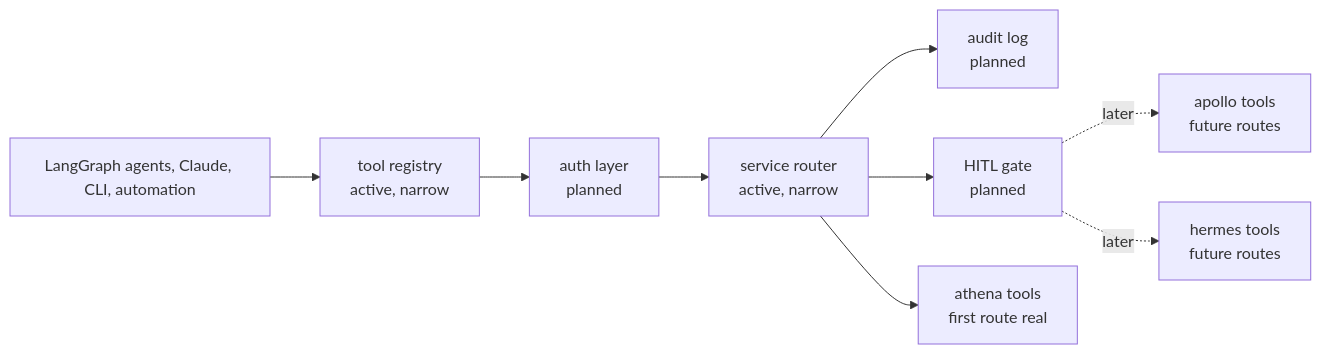
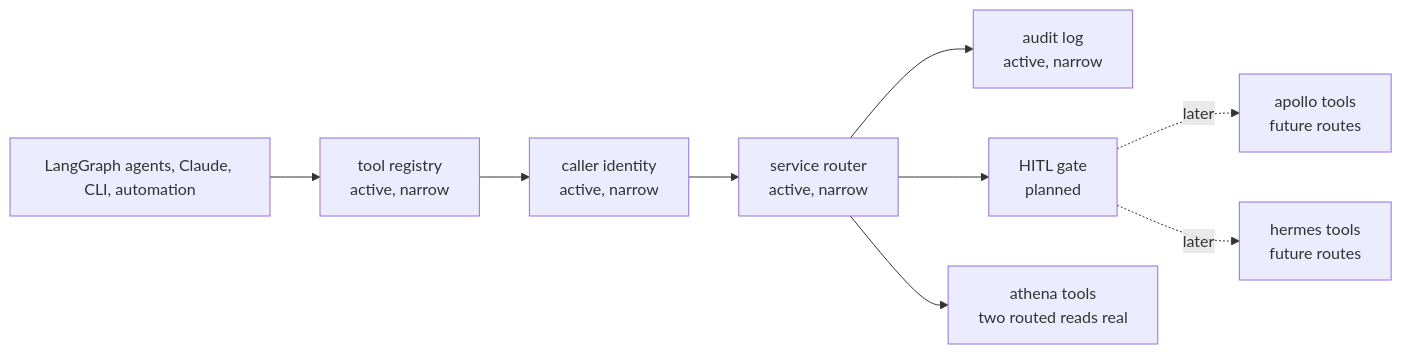
Before and after one commit to ixxet/ashton-mcp-gateway: the diagram in README.md, drawn with Mermaid. The commit also changed other lines of this file and 23 other files, not shown here.

Commit message:
gateway: add caller-aware audited routed reads

````diff
--- a/README.md
+++ b/README.md
@@ -32,19 +34,19 @@
 ```mermaid
 flowchart LR
   clients["LangGraph agents, Claude, CLI, automation"]
   registry["tool registry<br/>active, narrow"]
-  auth["auth layer<br/>planned"]
+  auth["caller identity<br/>active, narrow"]
   router["service router<br/>active, narrow"]
-  audit["audit log<br/>planned"]
+  audit["audit log<br/>active, narrow"]
   hitl["HITL gate<br/>planned"]
-  athena["athena tools<br/>first route real"]
+  athena["athena tools<br/>two routed reads real"]
   apollo["apollo tools<br/>future routes"]
   hermes["hermes tools<br/>future routes"]
 
   clients --> registry --> auth --> router
   router --> audit
   router --> hitl
   router --> athena
   hitl -. later .-> apollo
   hitl -. later .-> hermes
 ```
````
